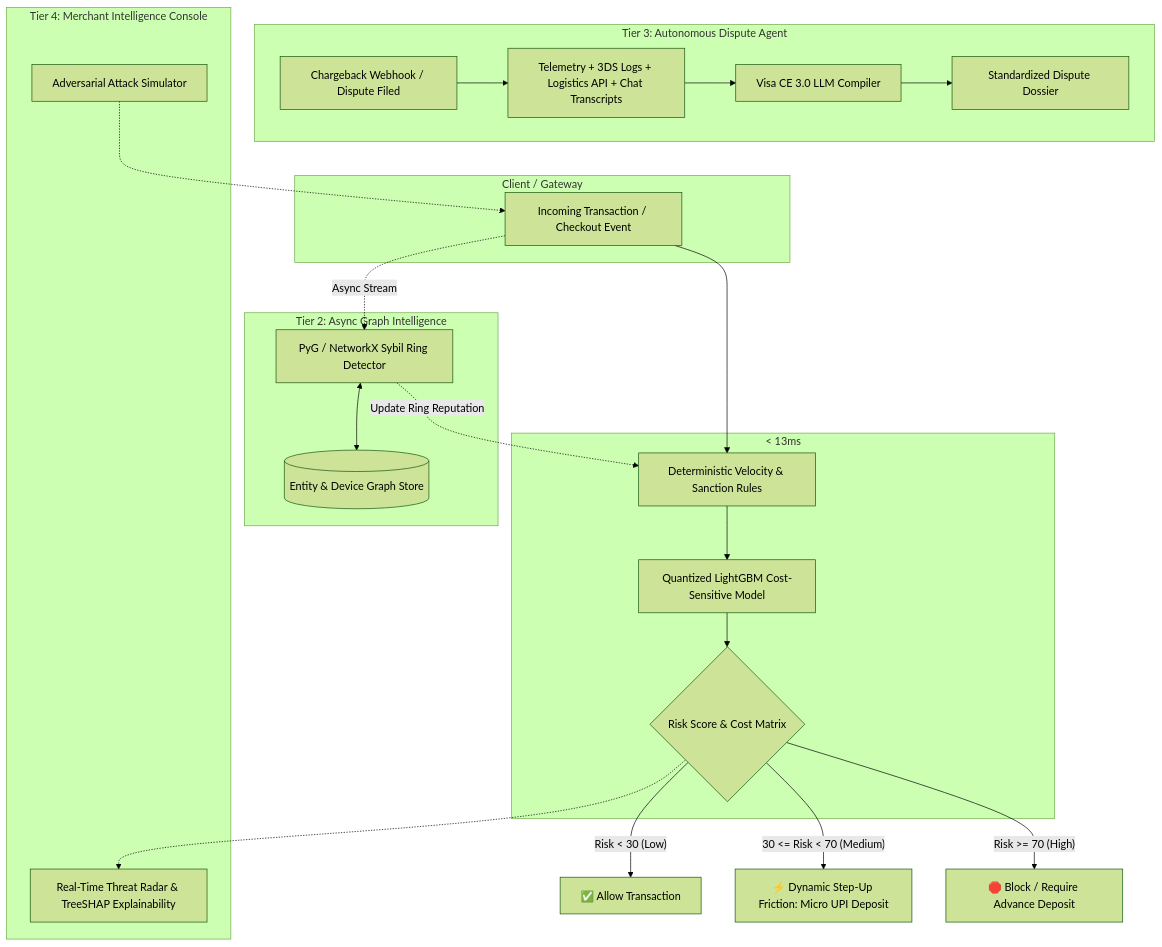
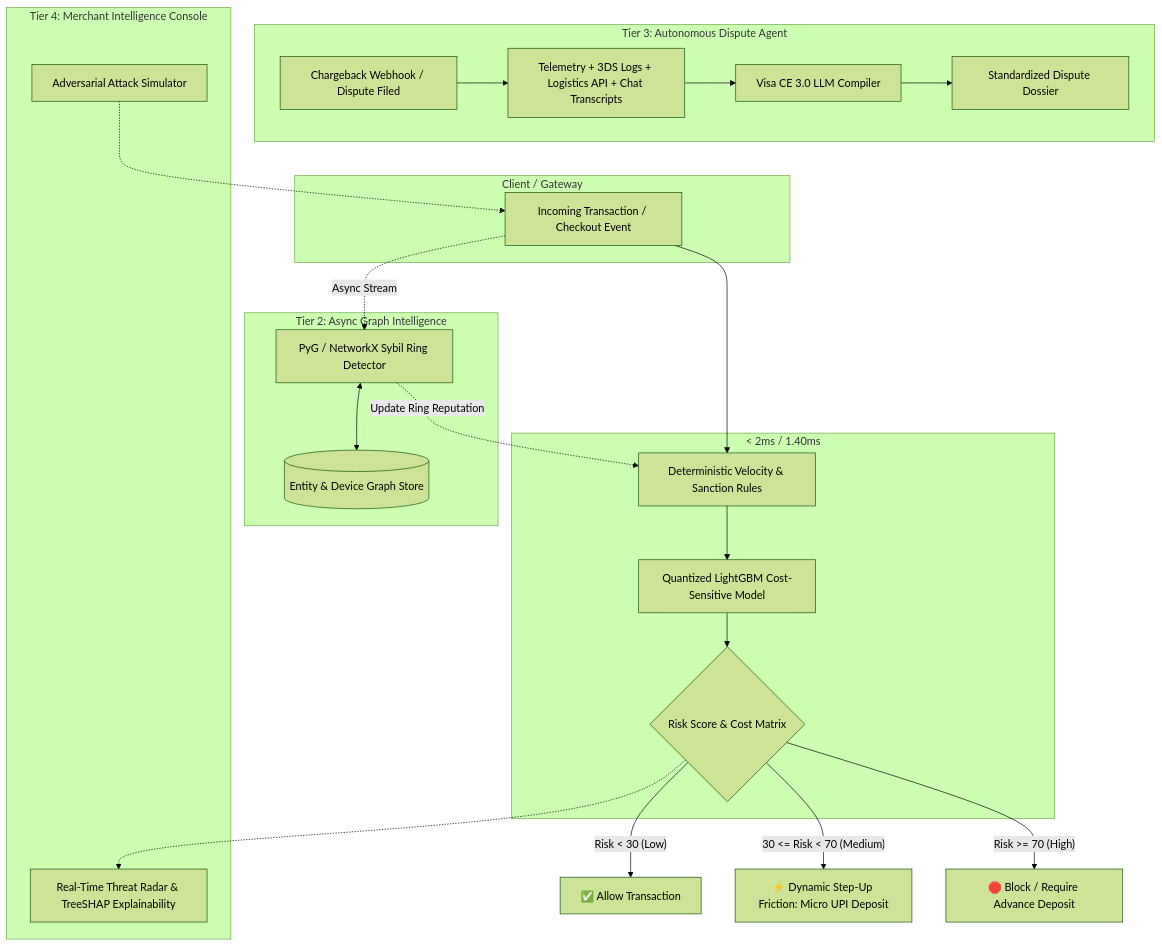
One commit to Suryanshsaraf/razorpaytrack02 changed the diagram in README.md. Above: the diagram before and after it, drawn with Mermaid (forest theme). The commit also changed other lines of this file and 6 other files, not shown here.

````diff
--- a/README.md
+++ b/README.md
@@ -36,48 +36,48 @@
 ```mermaid
 flowchart TD
     subgraph Client / Gateway
         TX[Incoming Transaction / Checkout Event]
     end
 
-    subgraph Tier 1: Real-Time Edge Interceptor [< 13ms]
+    subgraph Tier 1: Real-Time Edge Interceptor [< 2ms / 1.40ms]
         RuleEngine[Deterministic Velocity & Sanction Rules]
         ONNXEngine[Quantized LightGBM Cost-Sensitive Model]
         DecisionGate{Risk Score & Cost Matrix}
     end
 
     subgraph Tier 2: Async Graph Intelligence
         GraphEngine[PyG / NetworkX Sybil Ring Detector]
         ClusterStore[(Entity & Device Graph Store)]
     end
 
     subgraph Tier 3: Autonomous Dispute Agent
         Webhook[Chargeback Webhook / Dispute Filed]
         EvidenceAggregator[Telemetry + 3DS Logs + Logistics API + Chat Transcripts]
         LLMRepresentment[Visa CE 3.0 LLM Compiler]
         PDFOutput[Standardized Dispute Dossier]
     end
 
     subgraph Tier 4: Merchant Intelligence Console
         Dashboard[Real-Time Threat Radar & TreeSHAP Explainability]
         AttackSim[Adversarial Attack Simulator]
     end
 
     TX --> RuleEngine
     RuleEngine --> ONNXEngine
     ONNXEngine --> DecisionGate
 
     DecisionGate -- "Risk < 30 (Low)" --> ALLOW[✅ Allow Transaction]
     DecisionGate -- "30 <= Risk < 70 (Medium)" --> STEPUP[⚡ Dynamic Step-Up Friction: Micro UPI Deposit]
     DecisionGate -- "Risk >= 70 (High)" --> BLOCK[🛑 Block / Require Advance Deposit]
 
     TX -.->|Async Stream| GraphEngine
     GraphEngine <--> ClusterStore
     GraphEngine -.->|Update Ring Reputation| RuleEngine
 
     Webhook --> EvidenceAggregator
     EvidenceAggregator --> LLMRepresentment
     LLMRepresentment --> PDFOutput
 
     DecisionGate -.-> Dashboard
     AttackSim -.-> TX
 ```
````
